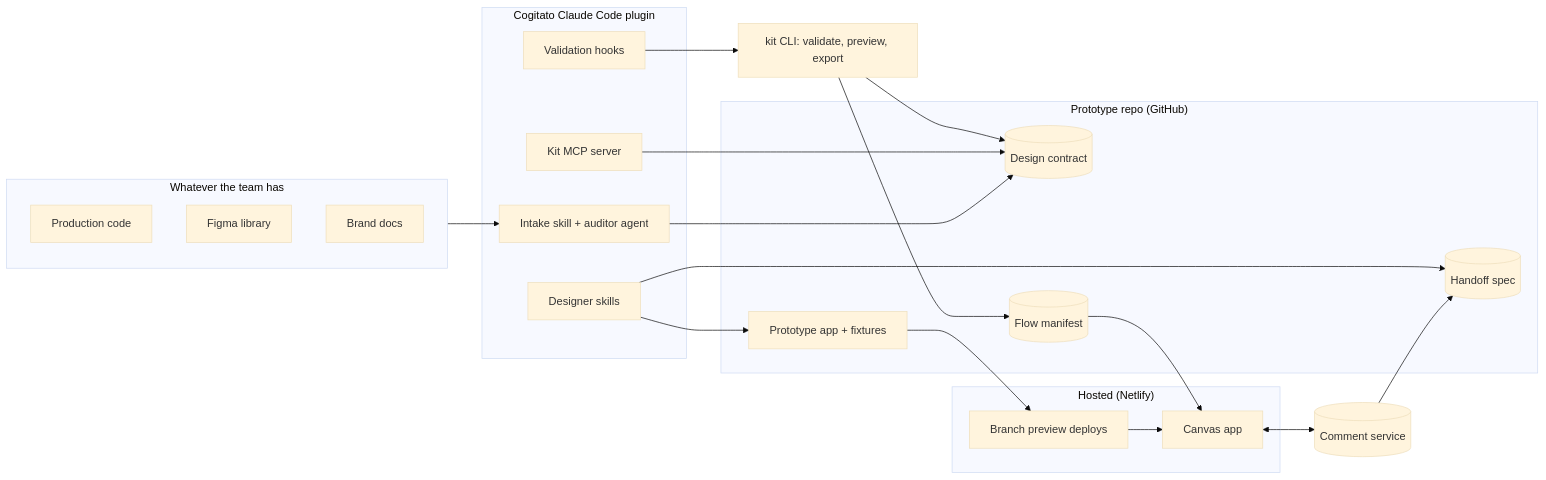
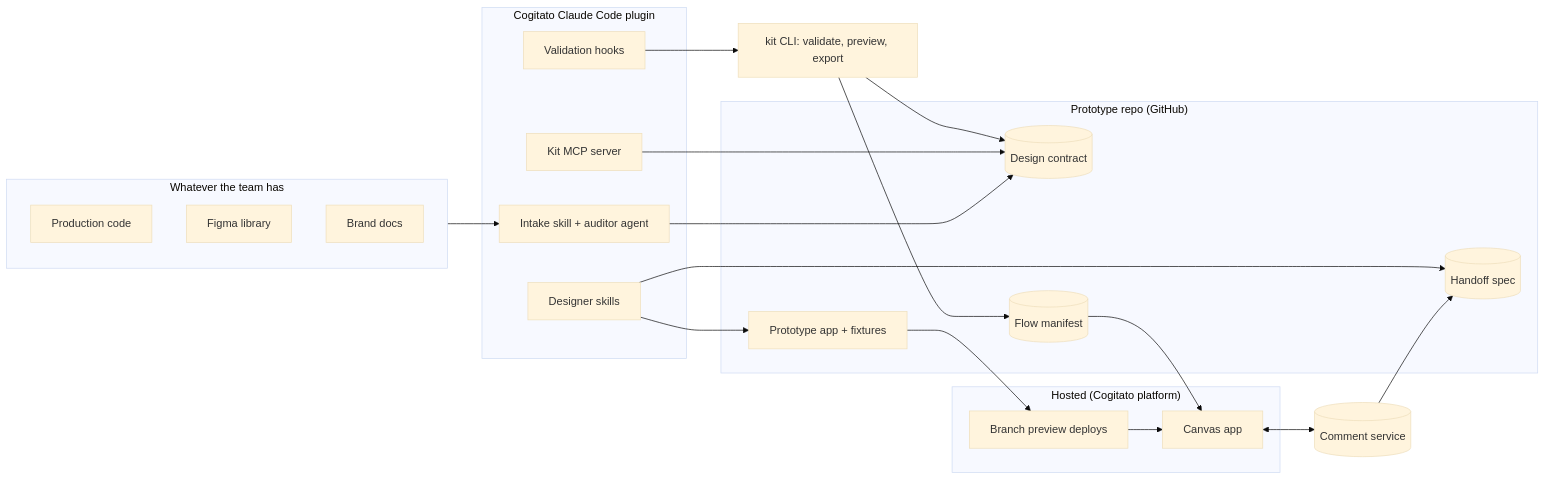
Before and after one commit to cogitato/cogitato: the diagram in docs/architecture/overview.md, drawn with Mermaid (base theme). The commit also changed other lines of this file and 11 other files, not shown here.

````diff
--- a/docs/architecture/overview.md
+++ b/docs/architecture/overview.md
@@ -22,44 +22,44 @@
 ```mermaid
 flowchart LR
   subgraph Sources["Whatever the team has"]
     Code[Production code]
     Figma[Figma library]
     Brand[Brand docs]
   end
 
   subgraph Plugin["Cogitato Claude Code plugin"]
     Intake[Intake skill + auditor agent]
     Skills[Designer skills]
     Hooks[Validation hooks]
     MCP[Kit MCP server]
   end
 
   subgraph Repo["Prototype repo (GitHub)"]
     Contract[(Design contract)]
     Template[Prototype app + fixtures]
     Flows[(Flow manifest)]
     Spec[(Handoff spec)]
   end
 
   CLI[kit CLI: validate, preview, export]
 
-  subgraph Hosted["Hosted (Netlify)"]
+  subgraph Hosted["Hosted (Cogitato platform)"]
     Preview[Branch preview deploys]
     Canvas[Canvas app]
   end
 
   Collab[(Comment service)]
 
   Sources --> Intake --> Contract
   Skills --> Template
   MCP --> Contract
   Hooks --> CLI
   CLI --> Contract
   CLI --> Flows
   Template --> Preview
   Flows --> Canvas
   Preview --> Canvas
   Canvas <--> Collab
   Collab --> Spec
   Skills --> Spec
 ```
````
